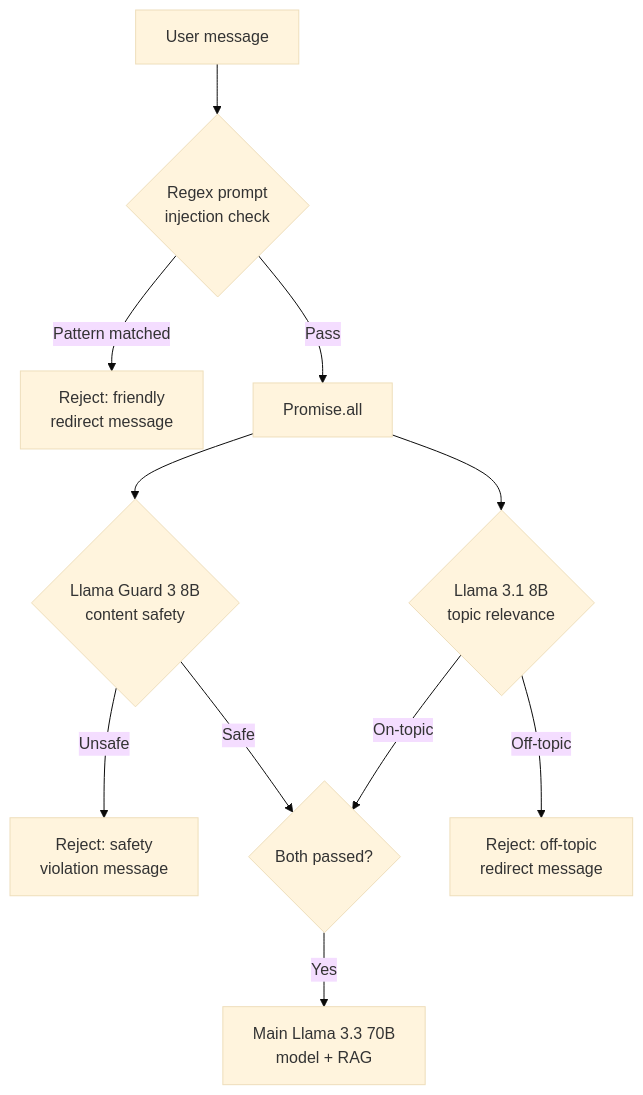
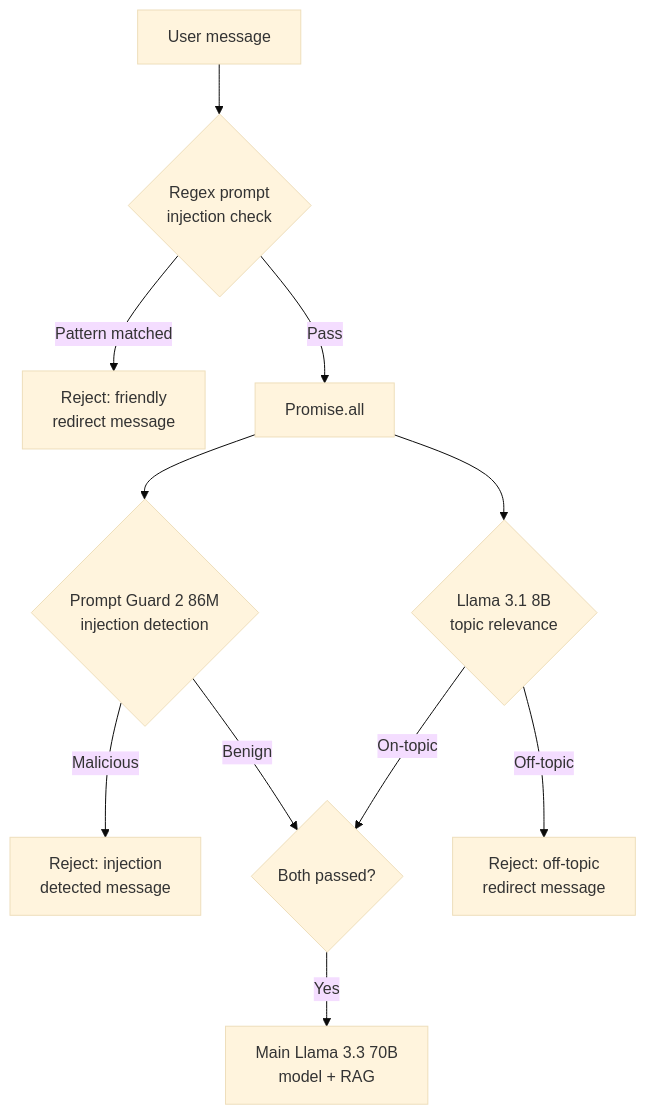
Before and after one commit to chicio/chicio-blog: the diagram in src/content/blog/post/2026/04/26/llm-chatbot-guardrails/content.mdx, drawn with Mermaid (base theme). The commit also changed other lines of this file and 2 other files, not shown here.

First line of the commit message:
fix(ai + content): :sparkles: replace Llama Guard with Prompt Guard and update guardrails article

````diff
--- a/src/content/blog/post/2026/04/26/llm-chatbot-guardrails/content.mdx
+++ b/src/content/blog/post/2026/04/26/llm-chatbot-guardrails/content.mdx
@@ -44,13 +44,13 @@
 ```mermaid
 graph TD
     A["User message"] --> B{"Regex prompt\ninjection check"}
     B -- "Pattern matched" --> C["Reject: friendly\nredirect message"]
     B -- "Pass" --> D["Promise.all"]
-    D --> E{"Llama Guard 3 8B\ncontent safety"}
+    D --> E{"Prompt Guard 2 86M\ninjection detection"}
     D --> F{"Llama 3.1 8B\ntopic relevance"}
-    E -- "Unsafe" --> G["Reject: safety\nviolation message"]
-    E -- "Safe" --> H{"Both passed?"}
+    E -- "Malicious" --> G["Reject: injection\ndetected message"]
+    E -- "Benign" --> H{"Both passed?"}
     F -- "Off-topic" --> I["Reject: off-topic\nredirect message"]
     F -- "On-topic" --> H
     H -- "Yes" --> J["Main Llama 3.3 70B\nmodel + RAG"]
 ```
````
